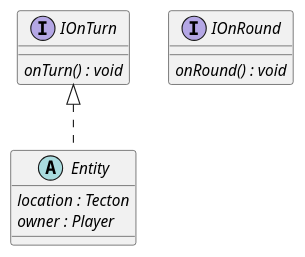
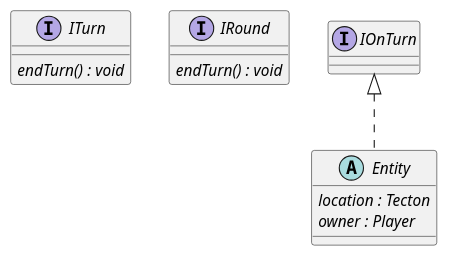
The diagram in 5/classes/core/core.puml (Petya-G/fungorium), drawn with PlantUML before and after one commit.

Commit message:
changed iturn and iround

```diff
--- a/5/classes/core/core.puml
+++ b/5/classes/core/core.puml
@@ -1,16 +1,16 @@
 @startuml core
 
-interface IOnTurn{
-    {abstract} onTurn() : void
+interface ITurn{
+    {abstract} endTurn() : void
 }
 
-interface IOnRound{
-    {abstract} onRound() : void
+interface IRound{
+    {abstract} endTurn() : void
 }
 
 abstract class Entity implements IOnTurn{
     {abstract} location : Tecton
     {abstract} owner : Player
 }
 
 @enduml
```
